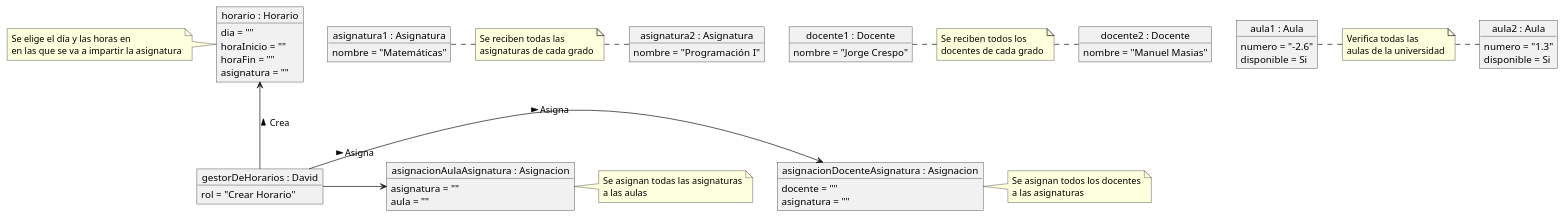
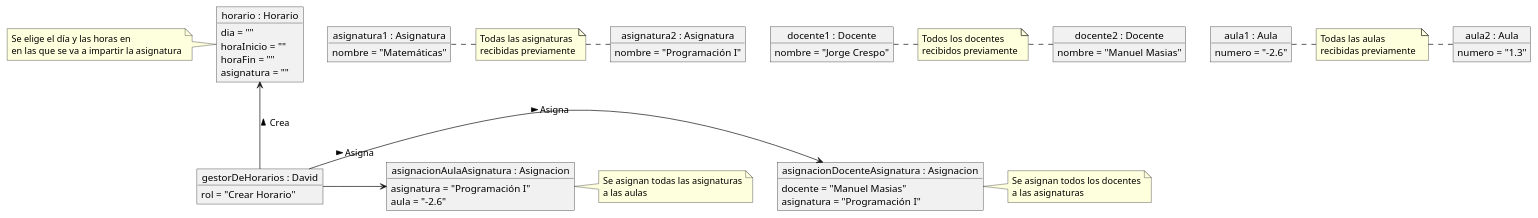
One commit to mmasias/23-24-IdSw1-SDR changed the diagram in modelosUML/Fraccionados/Diagrama de objetos sin completar.puml. Above: the diagram before and after it, drawn with PlantUML. The commit also changed 40 other files, not shown here.

```diff
--- a/modelosUML/Fraccionados/Diagrama de objetos sin completar.puml
+++ b/modelosUML/Fraccionados/Diagrama de objetos sin completar.puml
@@ -1,72 +1,68 @@
 @startuml
-
 object "gestorDeHorarios : David" as gestorDeHorarios {
     rol = "Crear Horario"
 }
 
 object "asignatura1 : Asignatura" as asignatura1 {
     nombre = "Matemáticas"
 }
 object "asignatura2 : Asignatura" as asignatura2 {
     nombre = "Programación I"
 }
 
 object "docente1 : Docente" as docente1 {
     nombre = "Jorge Crespo"
 }
 object "docente2 : Docente" as docente2 {
     nombre = "Manuel Masias"
 }
 
 object "aula1 : Aula" as aula1 {
     numero = "-2.6"
-    disponible = Si
 }
 object "aula2 : Aula" as aula2 {
     numero = "1.3"
-    disponible = Si
 }
 
 object "asignacionDocenteAsignatura : Asignacion" as asignacionDocenteAsignatura {
-    docente = ""
-    asignatura = ""
+    docente = "Manuel Masias"
+    asignatura = "Programación I"
 }
 gestorDeHorarios -r-> asignacionDocenteAsignatura : "Asigna >\n\n"
 
 object "asignacionAulaAsignatura : Asignacion" as asignacionAulaAsignatura {
-    asignatura = ""
-    aula = ""
+    asignatura = "Programación I"
+    aula = "-2.6"
 }
 gestorDeHorarios -r-> asignacionAulaAsignatura : "Asigna >\n\n"
 
 object "horario : Horario" as horario {
     dia = ""
     horaInicio = ""
     horaFin = ""
     asignatura = ""
 }
 
-note "Se reciben todas las \nasignaturas de cada grado" as nota1
+note "Todas las asignaturas\nrecibidas previamente" as nota1
 asignatura1 .r. nota1
 nota1 .r. asignatura2
 
-note "Se reciben todos los\ndocentes de cada grado" as nota2
+note "Todos los docentes\nrecibidos previamente" as nota2
 docente1 .r. nota2
 nota2 .r. docente2
 
-note "Verifica todas las\naulas de la universidad" as nota3
+note "Todas las aulas\nrecibidas previamente " as nota3
 aula1 .r. nota3
 nota3 .r. aula2
 
 note "Se asignan todas las asignaturas\na las aulas" as nota4
 asignacionAulaAsignatura .r. nota4
 
 note "Se asignan todos los docentes\na las asignaturas" as nota5
 asignacionDocenteAsignatura .r. nota5
 
 note "Se elige el día y las horas en \nen las que se va a impartir la asignatura" as note6
 note6 .r. horario
 
 gestorDeHorarios -u-> horario : "Crea >"
-
 @enduml
```
